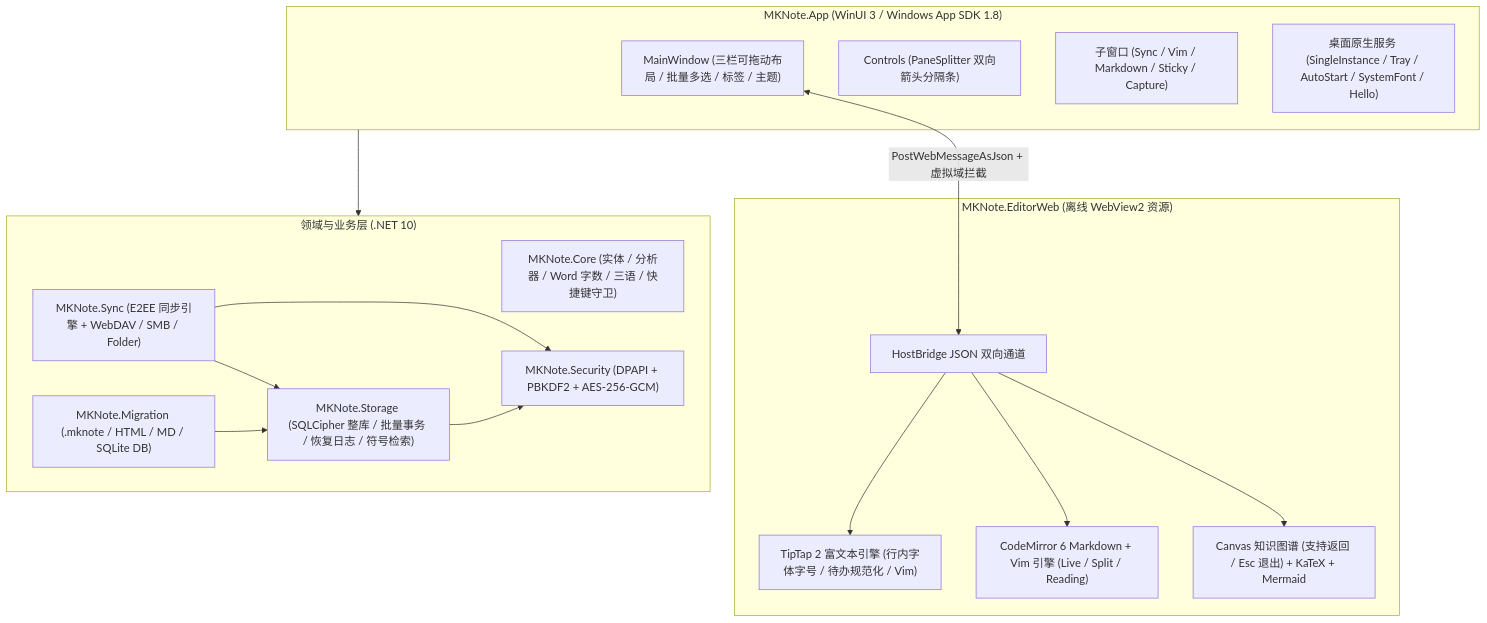
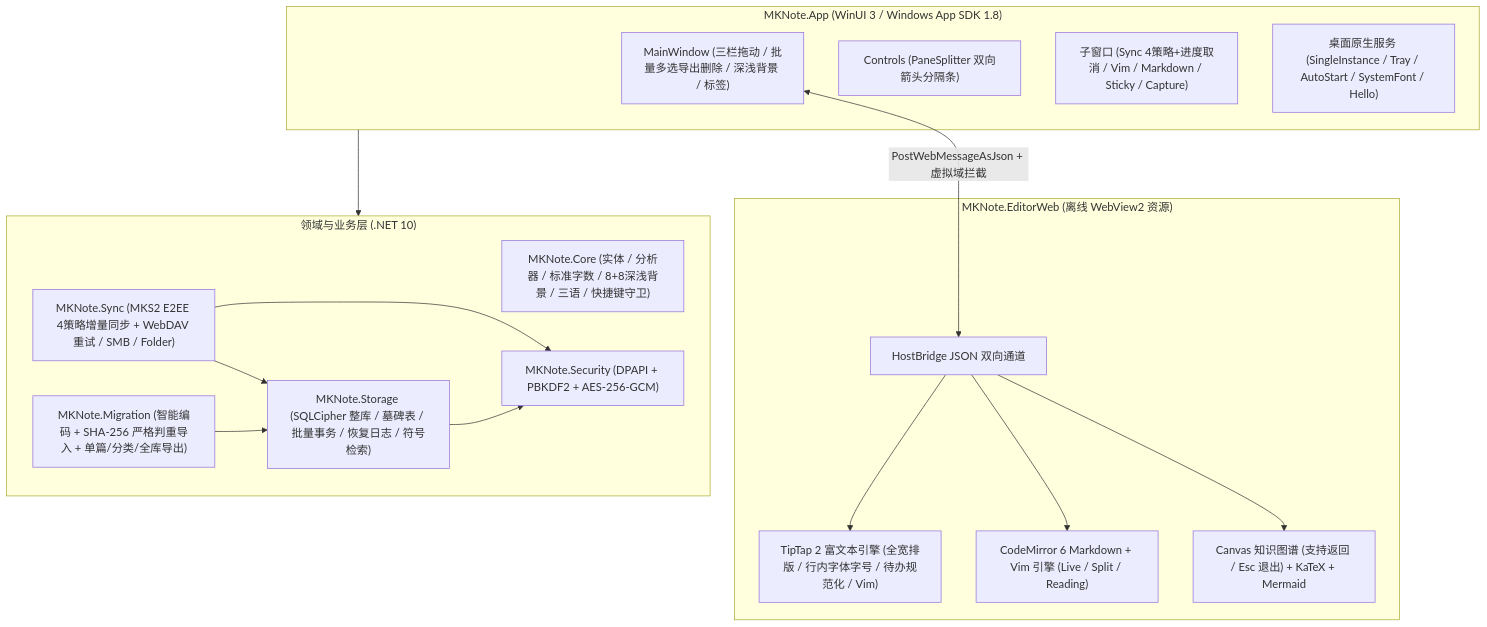
The diagram in docs/MKNote_Next_Development_Spec.md (vicky-clair/xiaorui-mknote), drawn with Mermaid before and after one commit. The commit also changed other lines of this file and 5 other files, not shown here.

````diff
--- a/docs/MKNote_Next_Development_Spec.md
+++ b/docs/MKNote_Next_Development_Spec.md
@@ -27,34 +27,34 @@
 ```mermaid
 flowchart TB
     subgraph UI["MKNote.App (WinUI 3 / Windows App SDK 1.8)"]
-        MW["MainWindow (三栏可拖动布局 / 批量多选 / 标签 / 主题)"]
+        MW["MainWindow (三栏拖动 / 批量多选导出删除 / 深浅背景 / 标签)"]
         CTRL["Controls (PaneSplitter 双向箭头分隔条)"]
-        WIN["子窗口 (Sync / Vim / Markdown / Sticky / Capture)"]
+        WIN["子窗口 (Sync 4策略+进度取消 / Vim / Markdown / Sticky / Capture)"]
         SYS["桌面原生服务 (SingleInstance / Tray / AutoStart / SystemFont / Hello)"]
     end
 
     subgraph WEB["MKNote.EditorWeb (离线 WebView2 资源)"]
         BRIDGE["HostBridge JSON 双向通道"]
-        RICH["TipTap 2 富文本引擎 (行内字体字号 / 待办规范化 / Vim)"]
+        RICH["TipTap 2 富文本引擎 (全宽排版 / 行内字体字号 / 待办规范化 / Vim)"]
         MD["CodeMirror 6 Markdown + Vim 引擎 (Live / Split / Reading)"]
         GRAPH["Canvas 知识图谱 (支持返回 / Esc 退出) + KaTeX + Mermaid"]
     end
 
     subgraph CORE["领域与业务层 (.NET 10)"]
-        MCORE["MKNote.Core (实体 / 分析器 / Word 字数 / 三语 / 快捷键守卫)"]
+        MCORE["MKNote.Core (实体 / 分析器 / 标准字数 / 8+8深浅背景 / 三语 / 快捷键守卫)"]
         MSEC["MKNote.Security (DPAPI + PBKDF2 + AES-256-GCM)"]
-        MSTOR["MKNote.Storage (SQLCipher 整库 / 批量事务 / 恢复日志 / 符号检索)"]
-        MSYNC["MKNote.Sync (E2EE 同步引擎 + WebDAV / SMB / Folder)"]
-        MMIG["MKNote.Migration (.mknote / HTML / MD / SQLite DB)"]
+        MSTOR["MKNote.Storage (SQLCipher 整库 / 墓碑表 / 批量事务 / 恢复日志 / 符号检索)"]
+        MSYNC["MKNote.Sync (MKS2 E2EE 4策略增量同步 + WebDAV 重试 / SMB / Folder)"]
+        MMIG["MKNote.Migration (智能编码 + SHA-256 严格判重导入 + 单篇/分类/全库导出)"]
     end
 
     MW <-->|"PostWebMessageAsJson + 虚拟域拦截"| BRIDGE
     BRIDGE --> RICH
     BRIDGE --> MD
     BRIDGE --> GRAPH
     UI --> CORE
     MSTOR --> MSEC
     MSYNC --> MSEC
     MSYNC --> MSTOR
     MMIG --> MSTOR
 ```
````
